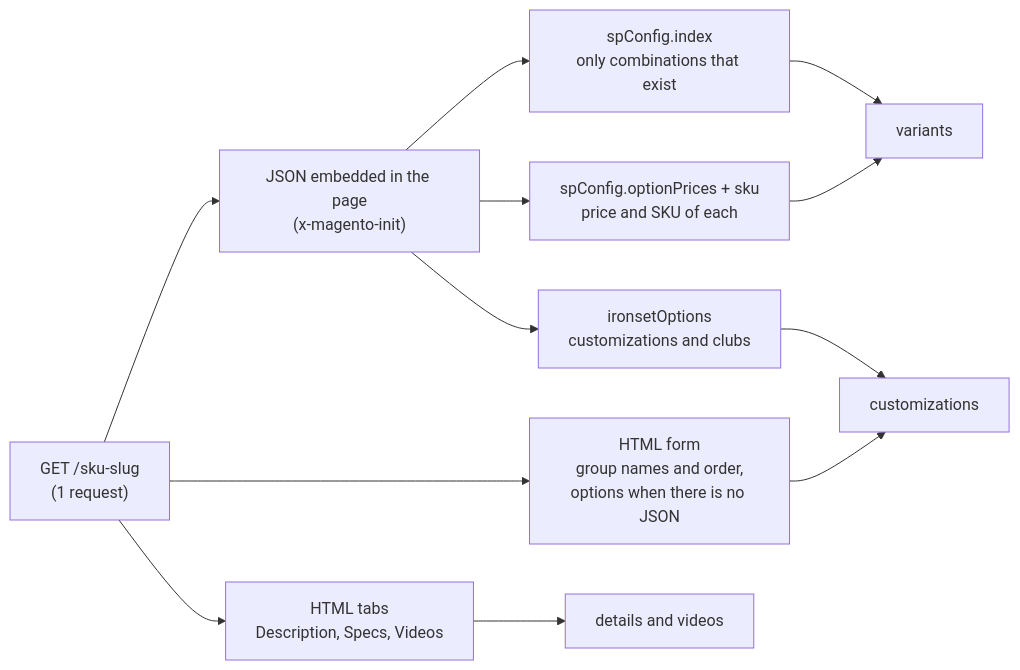
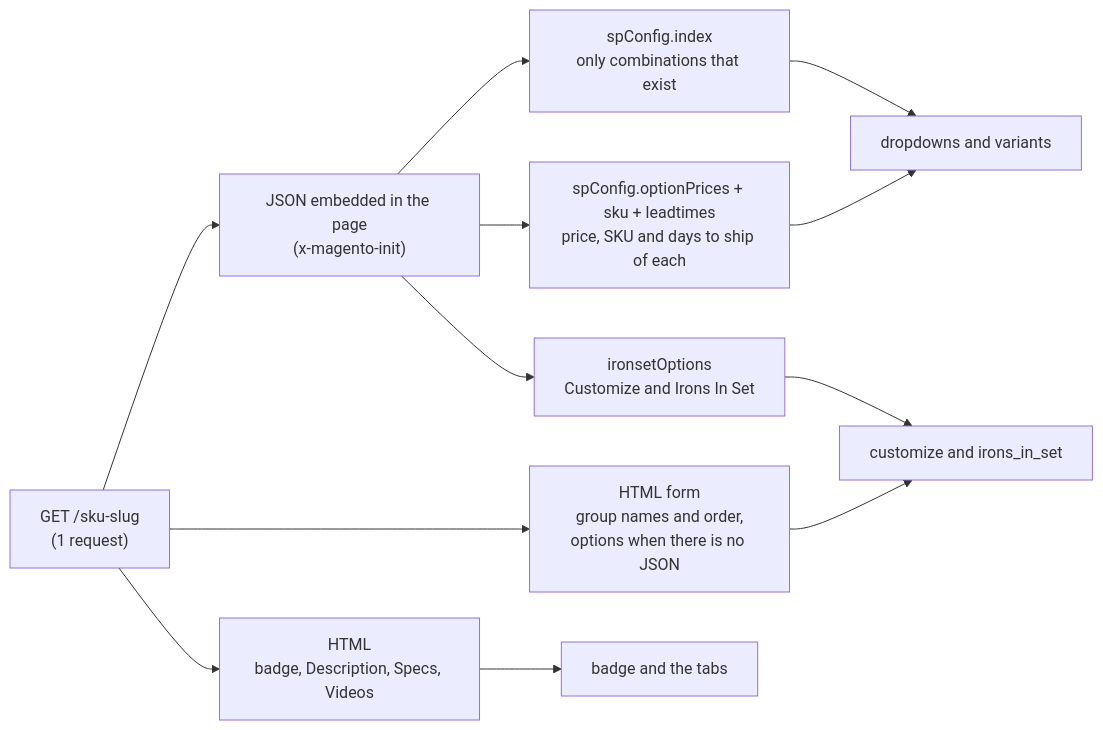
Before and after one commit to RLFreddy/retail-acquisition-engine: the second of 4 diagrams in DOCUMENTATION.md, drawn with Mermaid. The commit also changed other lines of this file and 6 other files, not shown here.

````diff
--- a/DOCUMENTATION.md
+++ b/DOCUMENTATION.md
@@ -108,12 +127,12 @@
 ```mermaid
 flowchart LR
     A["GET /sku-slug<br/>(1 request)"] --> B["JSON embedded in the page<br/>(x-magento-init)"]
     B --> C["spConfig.index<br/>only combinations that exist"]
-    B --> D["spConfig.optionPrices + sku<br/>price and SKU of each"]
-    B --> E["ironsetOptions<br/>customizations and clubs"]
+    B --> D["spConfig.optionPrices + sku + leadtimes<br/>price, SKU and days to ship of each"]
+    B --> E["ironsetOptions<br/>Customize and Irons In Set"]
     A --> F["HTML form<br/>group names and order,<br/>options when there is no JSON"]
-    A --> G["HTML tabs<br/>Description, Specs, Videos"]
-    C & D --> V[variants]
-    E & F --> K[customizations]
-    G --> P[details and videos]
+    A --> G["HTML<br/>badge, Description, Specs, Videos"]
+    C & D --> V[dropdowns and variants]
+    E & F --> K[customize and irons_in_set]
+    G --> P[badge and the tabs]
 ```
````
